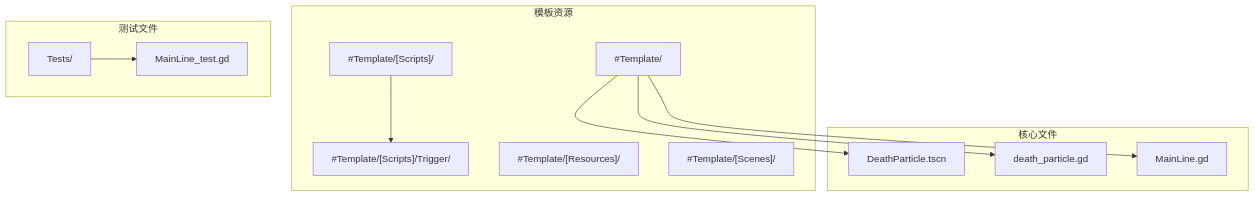
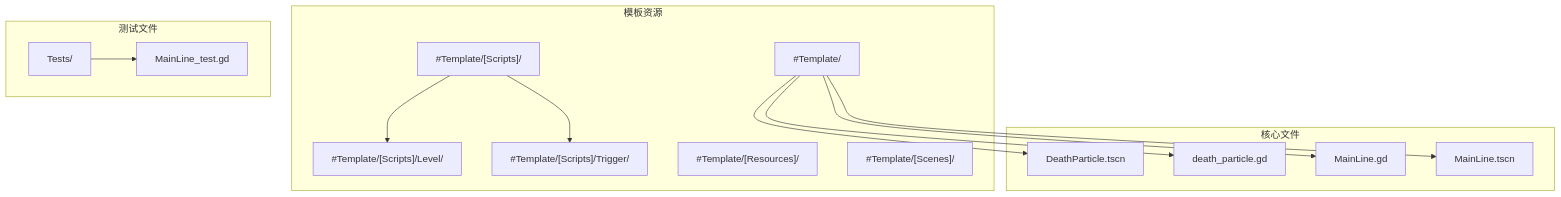
Before and after one commit to godotline/godot-line: the first of 8 diagrams in .qoder/repowiki/zh/content/游戏系统/触发器系统/特殊效果触发器/死亡粒子系统.md, drawn with Mermaid. The commit also changed other lines of this file and 17 other files, not shown here.

````diff
--- a/.qoder/repowiki/zh/content/游戏系统/触发器系统/特殊效果触发器/死亡粒子系统.md
+++ b/.qoder/repowiki/zh/content/游戏系统/触发器系统/特殊效果触发器/死亡粒子系统.md
@@ -41,24 +48,28 @@
 ```mermaid
 graph TB
 subgraph "模板资源"
 Template["#Template/"]
 Scripts["#Template/[Scripts]/"]
+LevelScripts["#Template/[Scripts]/Level/"]
 Trigger["#Template/[Scripts]/Trigger/"]
 Resources["#Template/[Resources]/"]
 Scenes["#Template/[Scenes]/"]
 end
 subgraph "核心文件"
 DeathParticle["DeathParticle.tscn"]
 DeathScript["death_particle.gd"]
 MainLine["MainLine.gd"]
+MainLineScene["MainLine.tscn"]
 end
 subgraph "测试文件"
 Tests["Tests/"]
 MainLineTest["MainLine_test.gd"]
 end
 Template --> DeathParticle
 Template --> DeathScript
 Template --> MainLine
+Template --> MainLineScene
+Scripts --> LevelScripts
 Scripts --> Trigger
 Tests --> MainLineTest
 ```
````
